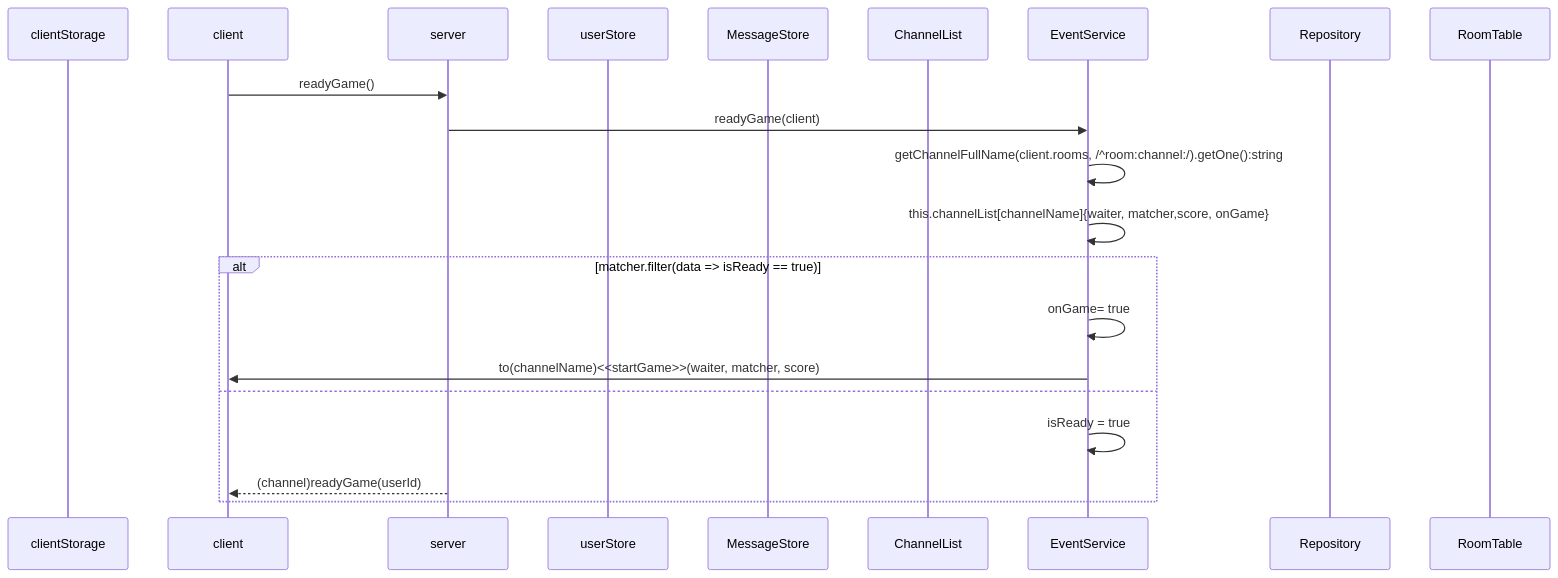
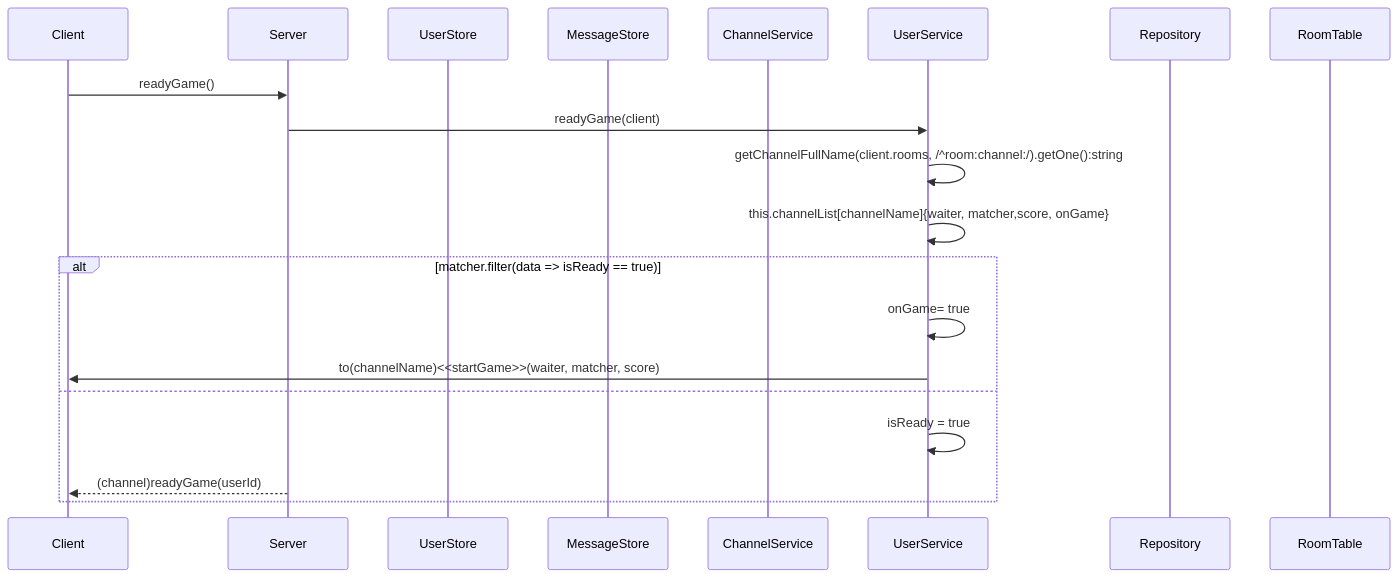
Diagram 15 of 20 in backend/node/app/event.md (mtak0235/simmons_transcendence), drawn with Mermaid before and after one commit. The commit also changed other lines of this file, not shown here.

Commit message:
refactor: 백엔드 소켓 시퀀스 다이어그램 순서 정리 & 요청 응답 값 구체화

````diff
--- a/backend/node/app/event.md
+++ b/backend/node/app/event.md
@@ -452,24 +571,23 @@
 ```mermaid
 sequenceDiagram
-participant cls as clientStorage
-participant c as client
-participant ga as server
-participant ss as userStore
+participant c as Client
+participant ga as Server
+participant ss as UserStore
 participant ms as MessageStore
-participant cns as ChannelList
-participant cs as EventService
+participant cns as ChannelService
+participant us as UserService
 participant r as Repository
 participant rt as RoomTable
 
 c->>ga: readyGame()
-ga->>cs: readyGame(client)
-cs->>cs: getChannelFullName(client.rooms, /^room:channel:/).getOne():string
-cs->>cs: this.channelList[channelName]{waiter, matcher,score, onGame}
+ga->>us: readyGame(client)
+us->>us: getChannelFullName(client.rooms, /^room:channel:/).getOne():string
+us->>us: this.channelList[channelName]{waiter, matcher,score, onGame}
 alt matcher.filter(data => isReady == true)
-cs->>cs: onGame= true
-cs->>c: to(channelName)<<startGame>>(waiter, matcher, score)
+us->>us: onGame= true
+us->>c: to(channelName)<<startGame>>(waiter, matcher, score)
 else
-cs->>cs: isReady = true
+us->>us: isReady = true
 ga-->>c: (channel)readyGame(userId)
 end
 ```
````
